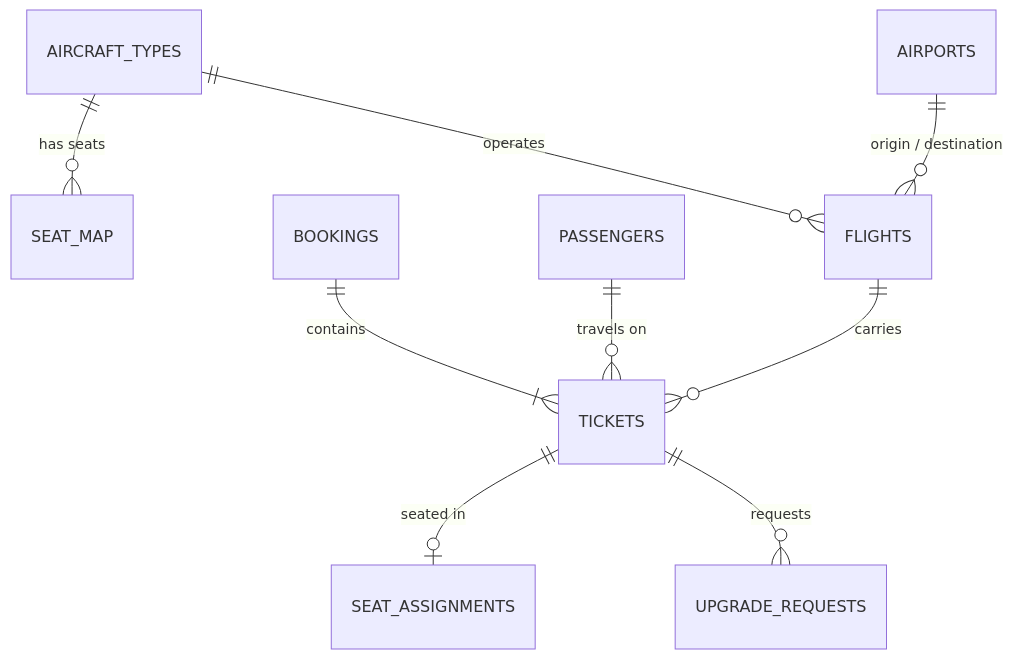
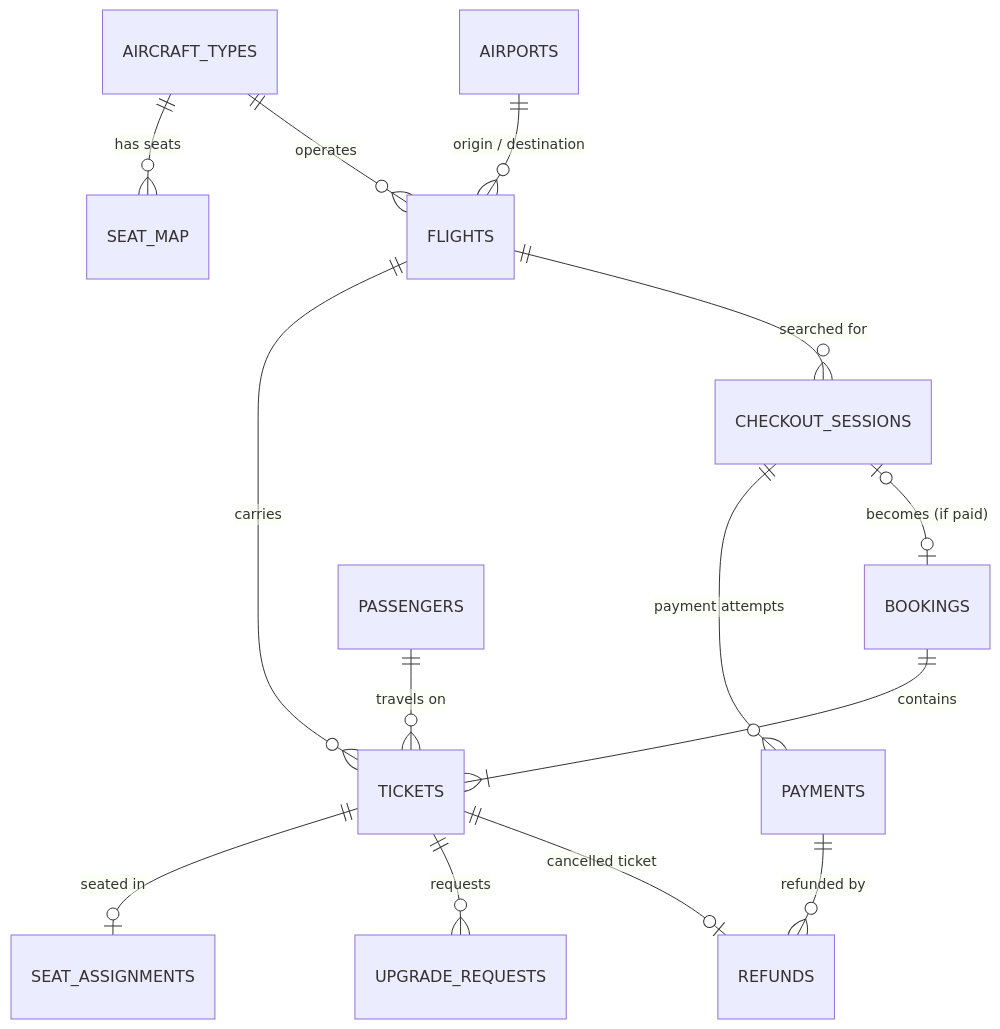
Before and after one commit to valentinasimao/airline-booking-sql: the diagram in README.md, drawn with Mermaid. The commit also changed other lines of this file and 18 other files, not shown here.

First line of the commit message:
Add booking website layer: checkout funnel, payments, refunds and reconciliation queries

````diff
--- a/README.md
+++ b/README.md
@@ -31,11 +38,16 @@
 ```mermaid
 erDiagram
     AIRCRAFT_TYPES ||--o{ SEAT_MAP : "has seats"
     AIRCRAFT_TYPES ||--o{ FLIGHTS : "operates"
     AIRPORTS ||--o{ FLIGHTS : "origin / destination"
     BOOKINGS ||--|{ TICKETS : "contains"
     PASSENGERS ||--o{ TICKETS : "travels on"
     FLIGHTS ||--o{ TICKETS : "carries"
     TICKETS ||--o| SEAT_ASSIGNMENTS : "seated in"
     TICKETS ||--o{ UPGRADE_REQUESTS : "requests"
+    FLIGHTS ||--o{ CHECKOUT_SESSIONS : "searched for"
+    CHECKOUT_SESSIONS ||--o{ PAYMENTS : "payment attempts"
+    CHECKOUT_SESSIONS |o--o| BOOKINGS : "becomes (if paid)"
+    PAYMENTS ||--o{ REFUNDS : "refunded by"
+    TICKETS ||--o| REFUNDS : "cancelled ticket"
 ```
````
